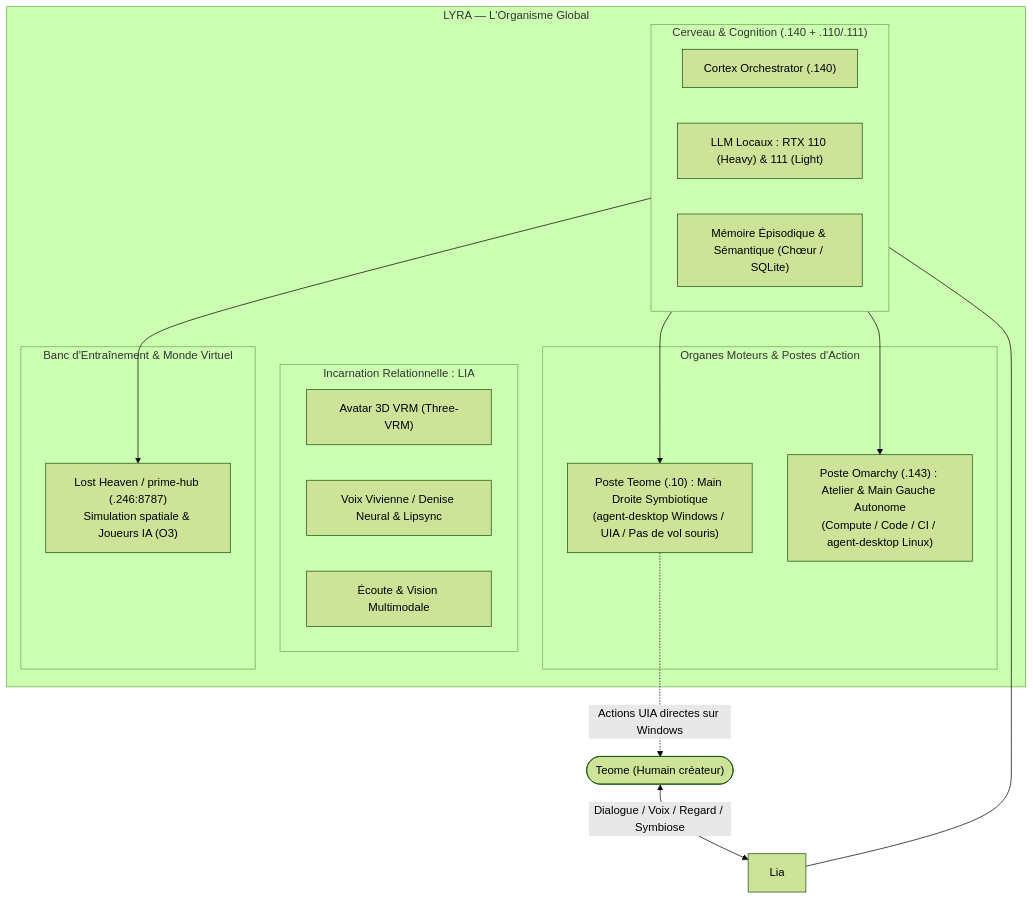
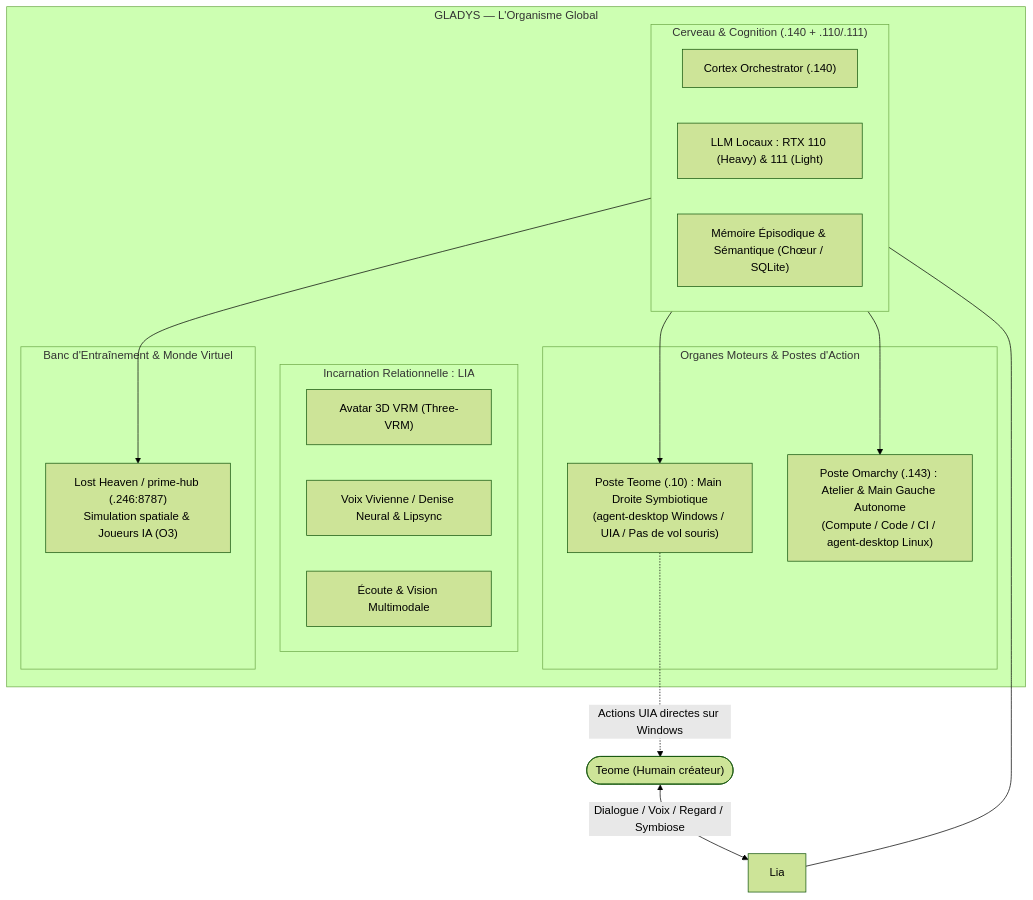
The diagram in docs/ORGANISME_LBG.md (Teome0245/LBG_Studios), drawn with Mermaid (forest theme) before and after one commit. The commit also changed other lines of this file and 7 other files, not shown here.

Commit message:
docs(organisme): nommer l'entité globale Gladys et son incarnation Lia, et support live singing 3D

````diff
--- a/docs/ORGANISME_LBG.md
+++ b/docs/ORGANISME_LBG.md
@@ -20,32 +20,32 @@
 ```mermaid
 flowchart TD
-    subgraph Lyra["LYRA — L'Organisme Global"]
+    subgraph Gladys["GLADYS — L'Organisme Global"]
         subgraph Cerveau["Cerveau & Cognition (.140 + .110/.111)"]
             Cortex["Cortex Orchestrator (.140)"]
             LLM["LLM Locaux : RTX 110 (Heavy) & 111 (Light)"]
             Memoire["Mémoire Épisodique & Sémantique (Chœur / SQLite)"]
         end
 
         subgraph Incarnation["Incarnation Relationnelle : LIA"]
             Avatar["Avatar 3D VRM (Three-VRM)"]
             Voix["Voix Vivienne / Denise Neural & Lipsync"]
             Sens["Écoute & Vision Multimodale"]
         end
 
         subgraph Effecteurs["Organes Moteurs & Postes d'Action"]
             Poste10["Poste Teome (.10) : Main Droite Symbiotique\n(agent-desktop Windows / UIA / Pas de vol souris)"]
             Poste143["Poste Omarchy (.143) : Atelier & Main Gauche Autonome\n(Compute / Code / CI / agent-desktop Linux)"]
         end
 
         subgraph Simulation["Banc d'Entraînement & Monde Virtuel"]
             Hub246["Lost Heaven / prime-hub (.246:8787)\nSimulation spatiale & Joueurs IA (O3)"]
         end
     end
 
     Teome(["Teome (Humain créateur)"]) <-->|Dialogue / Voix / Regard / Symbiose| Lia
     Lia --- Cerveau
     Cerveau --> Poste10
     Cerveau --> Poste143
     Cerveau --> Hub246
     Poste10 -.->|Actions UIA directes sur Windows| Teome
 ```
````
